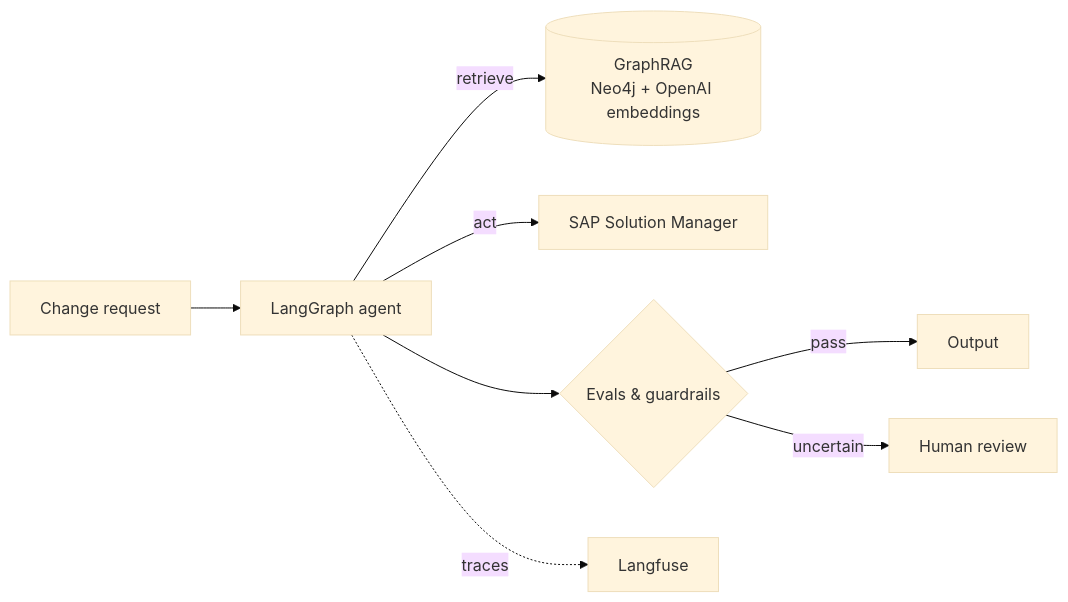
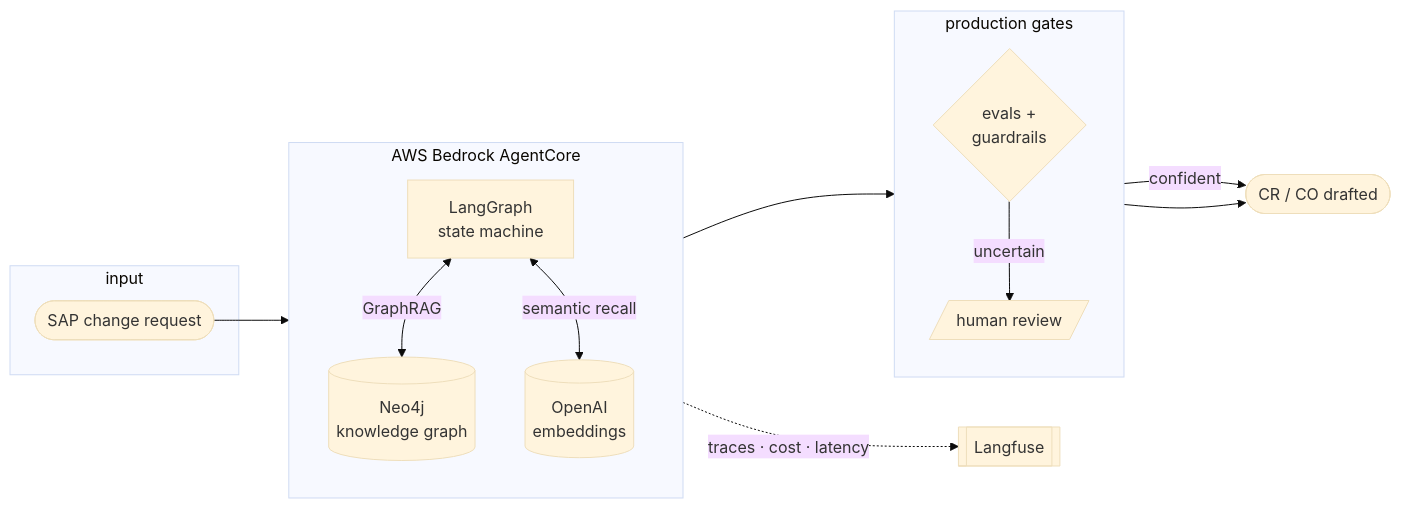
Before and after one commit to dearsikandarkhan/dearsikandarkhan: the first of 2 diagrams in README.md, drawn with Mermaid (base theme). The commit also changed other lines of this file, not shown here.

````diff
--- a/README.md
+++ b/README.md
@@ -54,10 +51,23 @@
 ```mermaid
 flowchart LR
-    A[Change request] --> B[LangGraph agent]
-    B -->|retrieve| C[(GraphRAG<br/>Neo4j + OpenAI embeddings)]
-    B -->|act| D[SAP Solution Manager]
-    B --> E{Evals & guardrails}
-    E -->|pass| F[Output]
-    E -->|uncertain| G[Human review]
-    B -.traces.-> H[Langfuse]
+    subgraph IN[" input "]
+      CR([SAP change request])
+    end
+    subgraph CORE[" AWS Bedrock AgentCore "]
+      direction TB
+      G[LangGraph<br/>state machine]
+      KG[(Neo4j<br/>knowledge graph)]
+      V[(OpenAI<br/>embeddings)]
+      G <-->|GraphRAG| KG
+      G <-->|semantic recall| V
+    end
+    subgraph SAFE[" production gates "]
+      direction TB
+      E{evals +<br/>guardrails}
+      H[/human review/]
+    end
+    CR --> G --> E
+    E -->|confident| OUT([CR / CO drafted])
+    E -->|uncertain| H --> OUT
+    G -.traces · cost · latency.-> LF[[Langfuse]]
 ```
````
